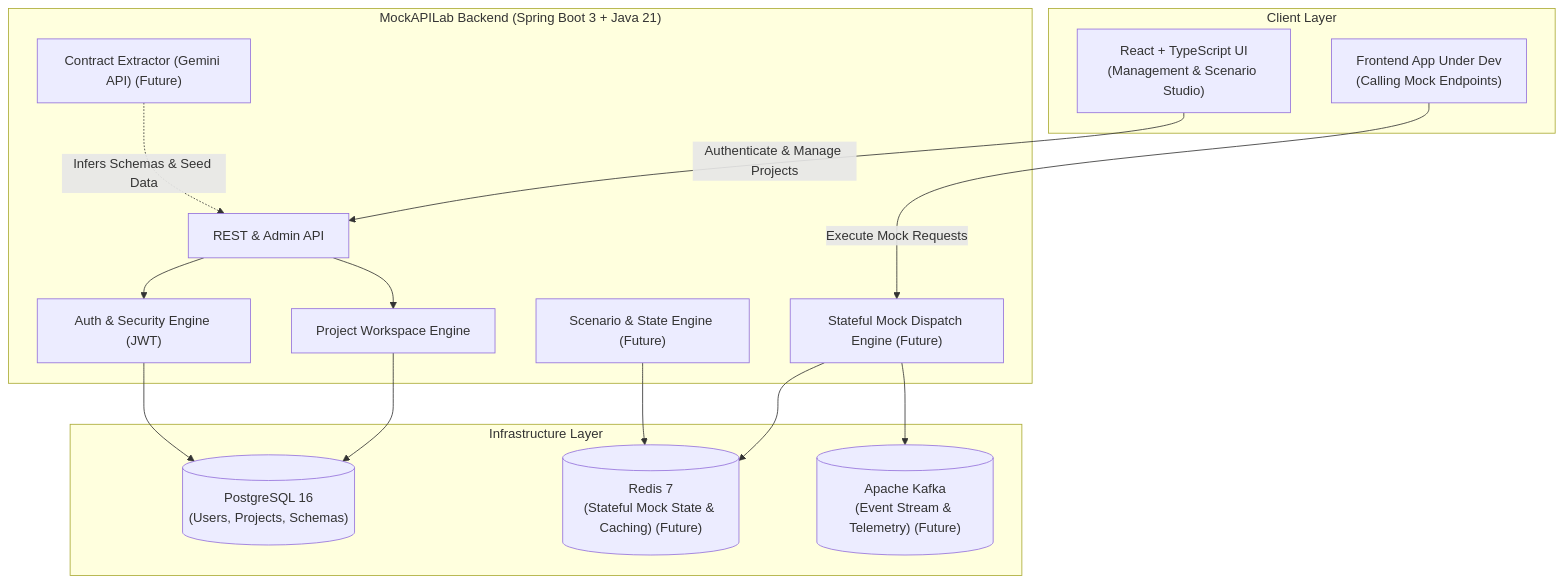
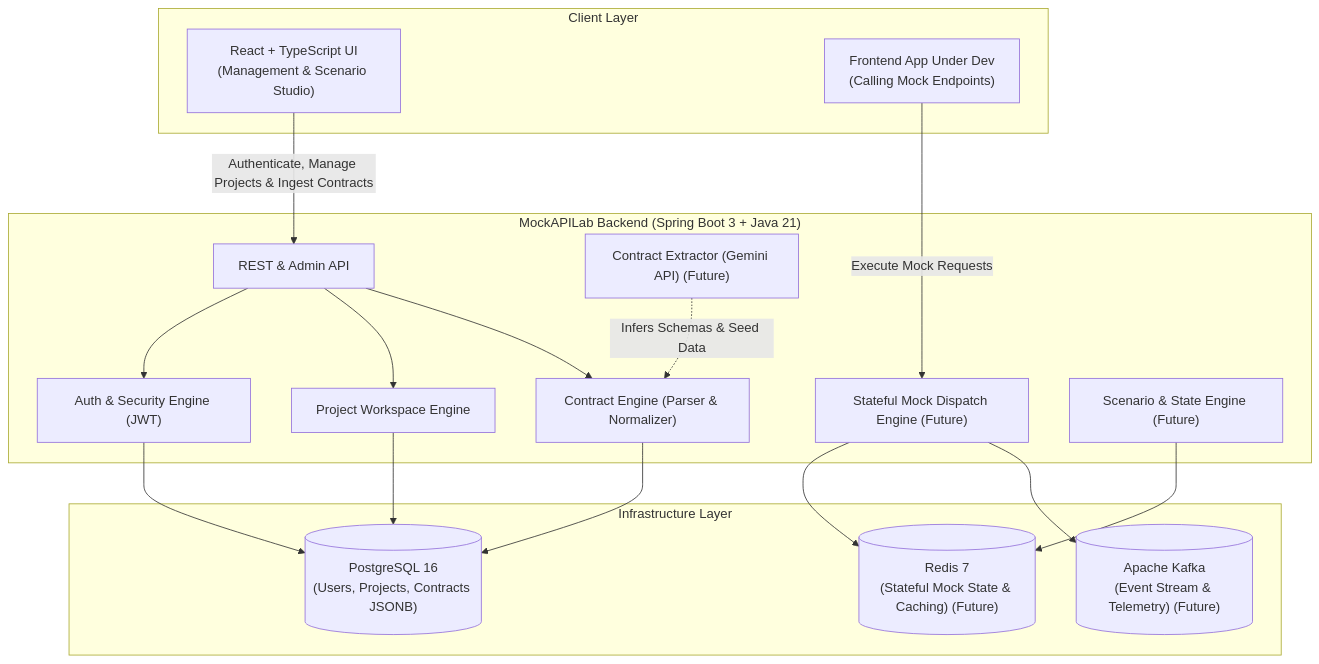
The diagram in README.md (aadesh-2006/MockAPILab), drawn with Mermaid before and after one commit. The commit also changed other lines of this file and 36 other files, not shown here.

Commit message:
feat(m3): implement API contract ingestion and normalization

````diff
--- a/README.md
+++ b/README.md
@@ -37,33 +38,36 @@
 ```mermaid
 flowchart TD
     subgraph Client ["Client Layer"]
         UI["React + TypeScript UI\n(Management & Scenario Studio)"]
         DevApp["Frontend App Under Dev\n(Calling Mock Endpoints)"]
     end
 
     subgraph Backend ["MockAPILab Backend (Spring Boot 3 + Java 21)"]
         API["REST & Admin API"]
         AuthModule["Auth & Security Engine (JWT)"]
         ProjectModule["Project Workspace Engine"]
+        ContractModule["Contract Engine (Parser & Normalizer)"]
         Runtime["Stateful Mock Dispatch Engine (Future)"]
         AILayer["Contract Extractor (Gemini API) (Future)"]
         ScenarioManager["Scenario & State Engine (Future)"]
     end
 
     subgraph Infrastructure ["Infrastructure Layer"]
-        PG[("PostgreSQL 16\n(Users, Projects, Schemas)")]
+        PG[("PostgreSQL 16\n(Users, Projects, Contracts JSONB)")]
         Redis[("Redis 7\n(Stateful Mock State & Caching) (Future)")]
         Kafka[("Apache Kafka\n(Event Stream & Telemetry) (Future)")]
     end
 
-    UI -->|Authenticate & Manage Projects| API
+    UI -->|Authenticate, Manage Projects & Ingest Contracts| API
     DevApp -->|Execute Mock Requests| Runtime
     API --> AuthModule
     API --> ProjectModule
+    API --> ContractModule
+    ContractModule --> PG
     ProjectModule --> PG
     AuthModule --> PG
     Runtime --> Redis
     Runtime --> Kafka
-    AILayer -.->|Infers Schemas & Seed Data| API
+    AILayer -.->|Infers Schemas & Seed Data| ContractModule
     ScenarioManager --> Redis
 ```
````
